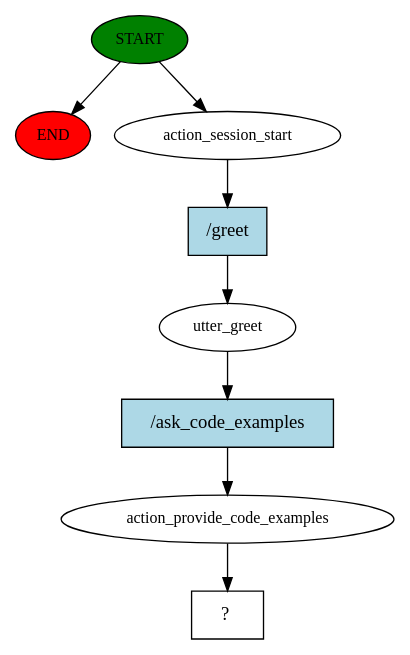
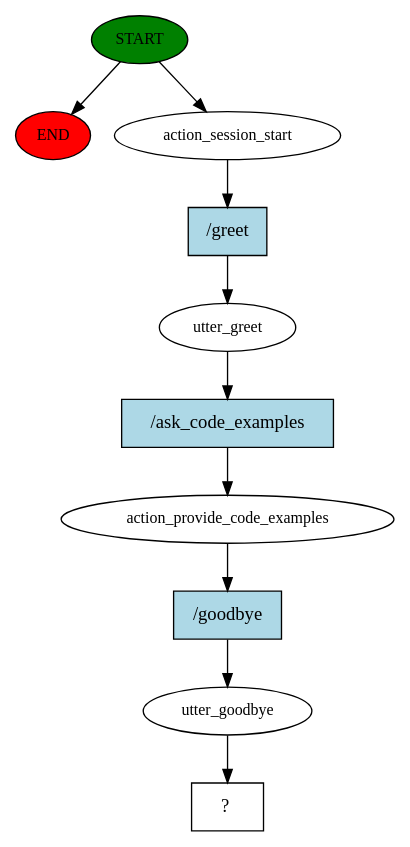
One commit to RiteshYennuwar/ChatBot-Python_Sensei changed the diagram in story_graph.dot. Above: the diagram before and after it, drawn with Graphviz. The commit also changed 51 other files, not shown here.

```diff
--- a/story_graph.dot
+++ b/story_graph.dot
@@ -1,17 +1,21 @@
 digraph  {
 0 [class="start active", fillcolor=green, fontsize=12, label=START, style=filled];
 "-1" [class=end, fillcolor=red, fontsize=12, label=END, style=filled];
 1 [class=active, fontsize=12, label=action_session_start];
 2 [class=active, fontsize=12, label=utter_greet];
 3 [class=active, fontsize=12, label=action_provide_code_examples];
-4 [class="intent dashed active", label="  ?  ", shape=rect];
-5 [class="intent active", fillcolor=lightblue, label="/greet", shape=rect, style=filled];
-6 [class="intent active", fillcolor=lightblue, label="/ask_code_examples", shape=rect, style=filled];
+4 [class=active, fontsize=12, label=utter_goodbye];
+5 [class="intent dashed active", label="  ?  ", shape=rect];
+6 [class="intent active", fillcolor=lightblue, label="/greet", shape=rect, style=filled];
+7 [class="intent active", fillcolor=lightblue, label="/ask_code_examples", shape=rect, style=filled];
+8 [class="intent active", fillcolor=lightblue, label="/goodbye", shape=rect, style=filled];
 0 -> "-1"  [class="", key=NONE, label=""];
 0 -> 1  [class=active, key=NONE, label=""];
-1 -> 5  [class=active, key=0];
-2 -> 6  [class=active, key=0];
-3 -> 4  [class=active, key=NONE, label=""];
-5 -> 2  [class=active, key=0];
-6 -> 3  [class=active, key=0];
+1 -> 6  [class=active, key=0];
+2 -> 7  [class=active, key=0];
+3 -> 8  [class=active, key=0];
+4 -> 5  [class=active, key=NONE, label=""];
+6 -> 2  [class=active, key=0];
+7 -> 3  [class=active, key=0];
+8 -> 4  [class=active, key=0];
 }
```
